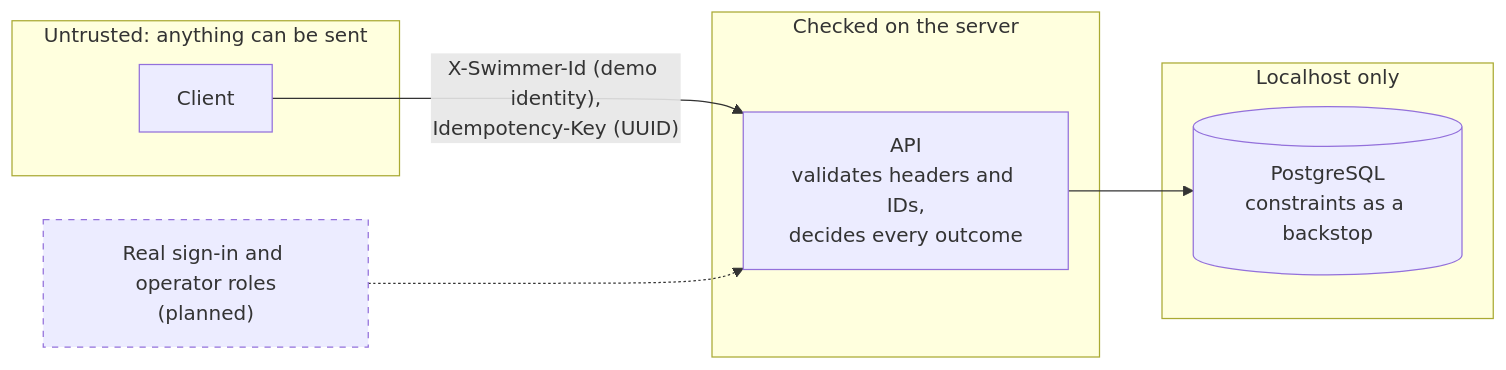
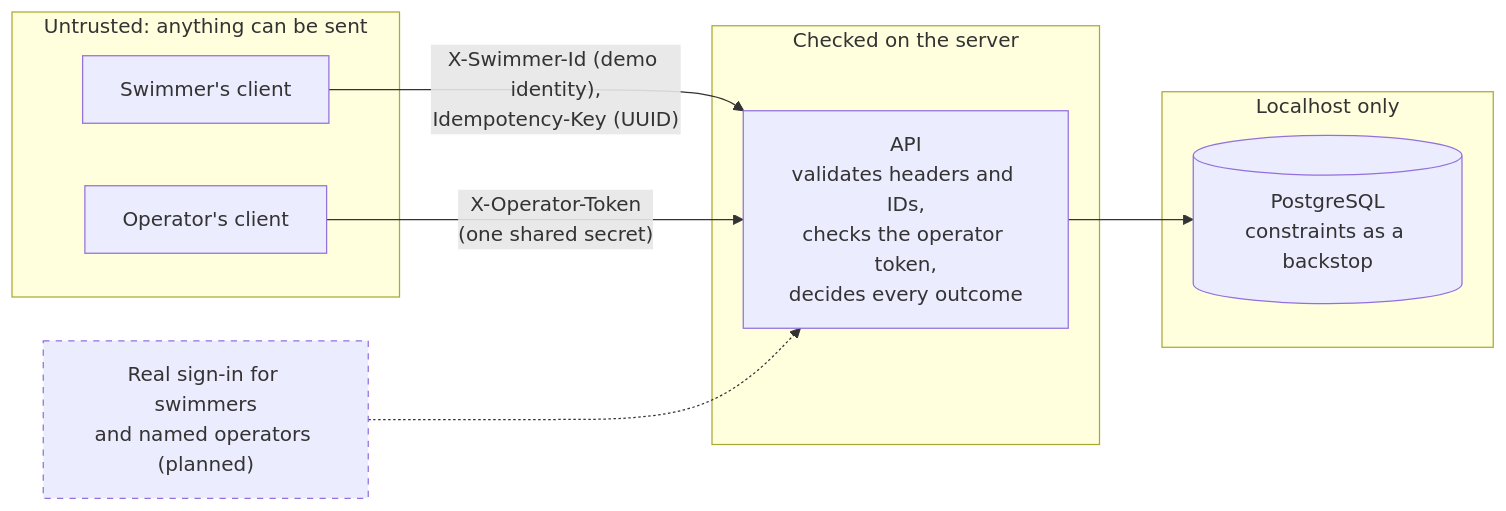
Diagram 16 of 19 in docs/architecture.md (ashutosharma2/SwimSync), drawn with Mermaid before and after one commit. The commit also changed other lines of this file and 1 other file, not shown here.

First line of the commit message:
Docs: operator capacity changes in the README and a new architecture section; drill B and the frontend drawn as built

````diff
--- a/docs/architecture.md
+++ b/docs/architecture.md
@@ -339,23 +426,25 @@
 ```mermaid
 flowchart LR
     subgraph Untrusted["Untrusted: anything can be sent"]
-        Client["Client"]
+        Client["Swimmer's client"]
+        OpClient["Operator's client"]
     end
 
     subgraph Server["Checked on the server"]
-        API["API<br/>validates headers and IDs,<br/>decides every outcome"]
+        API["API<br/>validates headers and IDs,<br/>checks the operator token,<br/>decides every outcome"]
     end
 
     subgraph Data["Localhost only"]
         PG[("PostgreSQL<br/>constraints as a backstop")]
     end
 
-    Auth["Real sign-in and operator roles<br/>(planned)"]
+    Auth["Real sign-in for swimmers<br/>and named operators (planned)"]
 
     Client -- "X-Swimmer-Id (demo identity),<br/>Idempotency-Key (UUID)" --> API
+    OpClient -- "X-Operator-Token<br/>(one shared secret)" --> API
     API --> PG
     Auth -.-> API
 
     class Auth planned
     classDef planned stroke-dasharray: 5 5
 ```
````
